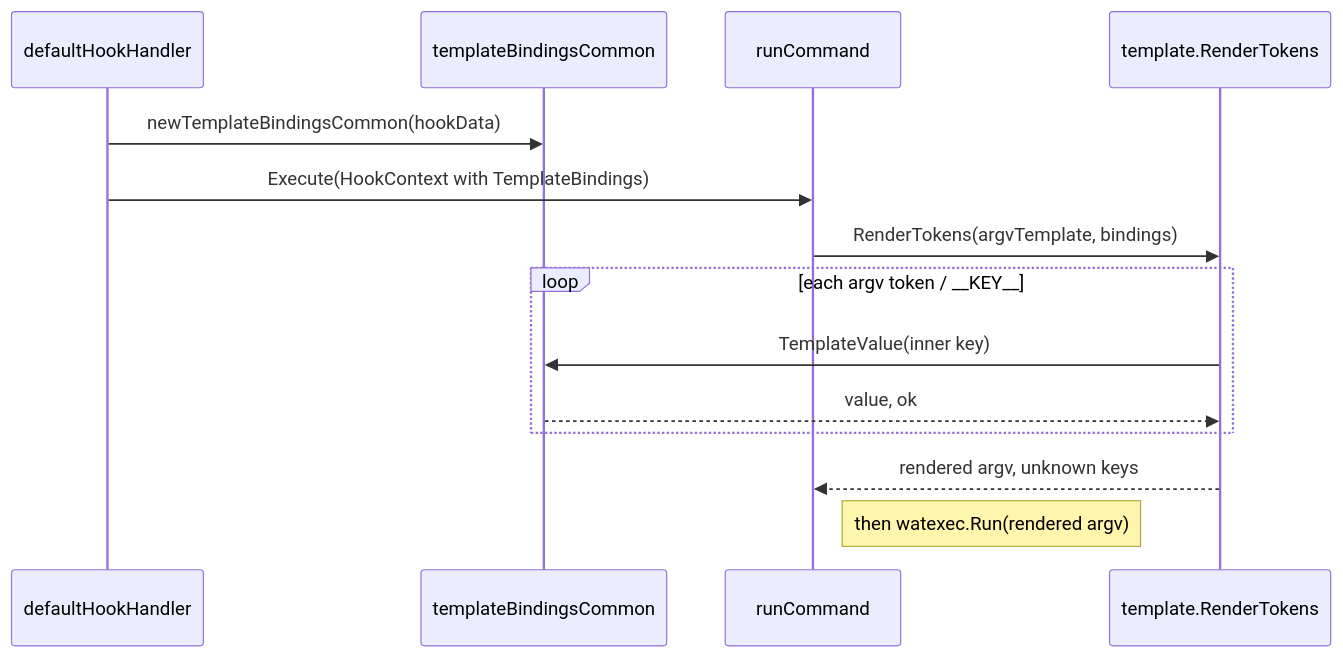
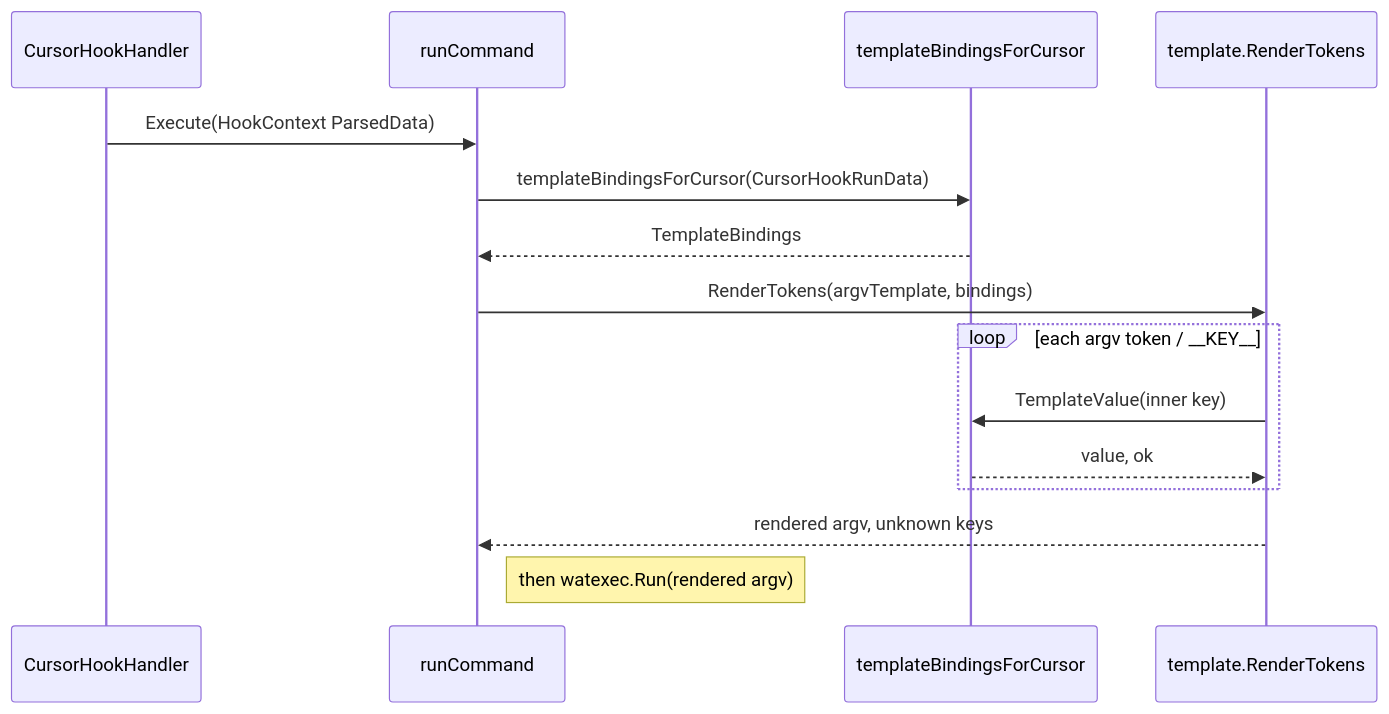
One commit to sviatsviatsviat/wat changed the third of 3 diagrams in README.md. Above: the diagram before and after it, drawn with Mermaid. The commit also changed other lines of this file and 34 other files, not shown here.

First line of the commit message:
refactor: move Cursor template bindings into run

````diff
--- a/README.md
+++ b/README.md
@@ -254,17 +254,18 @@
 ```mermaid
 sequenceDiagram
-  participant H as defaultHookHandler
-  participant TB as templateBindingsCommon
+  participant H as CursorHookHandler
   participant Run as runCommand
+  participant TB as templateBindingsForCursor
   participant R as template.RenderTokens
 
-  H->>TB: newTemplateBindingsCommon(hookData)
-  H->>Run: Execute(HookContext with TemplateBindings)
+  H->>Run: Execute(HookContext ParsedData)
+  Run->>TB: templateBindingsForCursor(CursorHookRunData)
+  TB-->>Run: TemplateBindings
   Run->>R: RenderTokens(argvTemplate, bindings)
   loop each argv token / __KEY__
     R->>TB: TemplateValue(inner key)
     TB-->>R: value, ok
   end
   R-->>Run: rendered argv, unknown keys
   Note right of Run: then watexec.Run(rendered argv)
 ```
````
